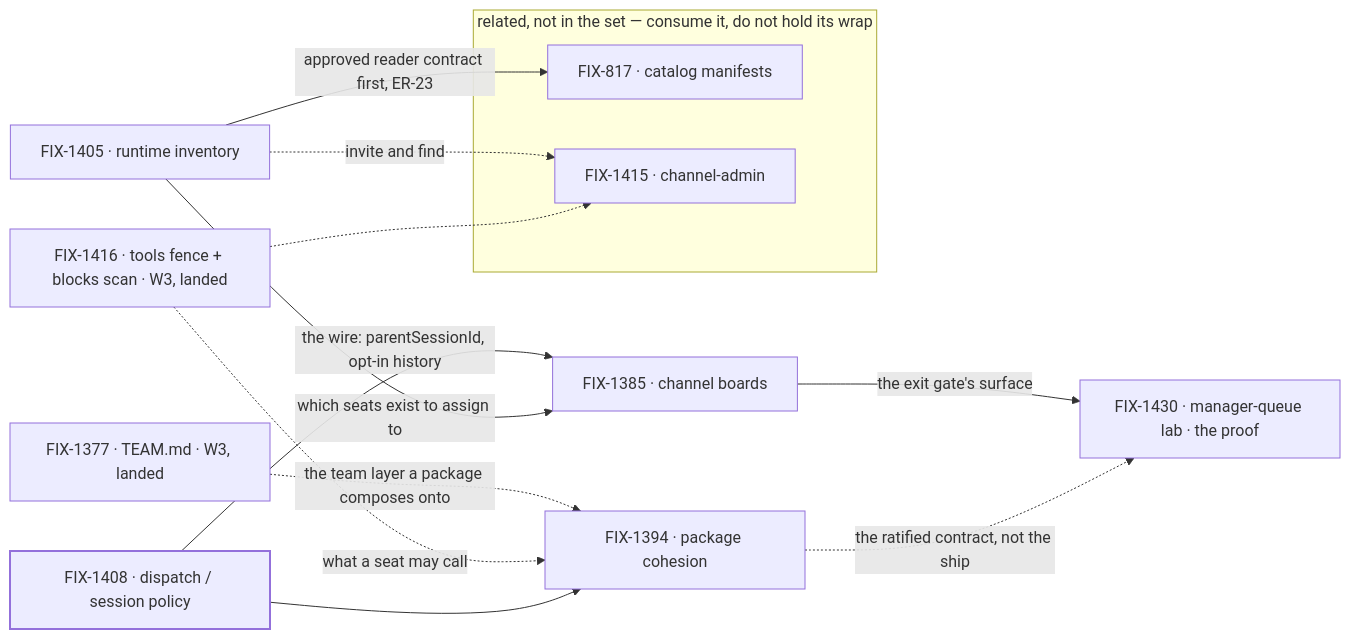
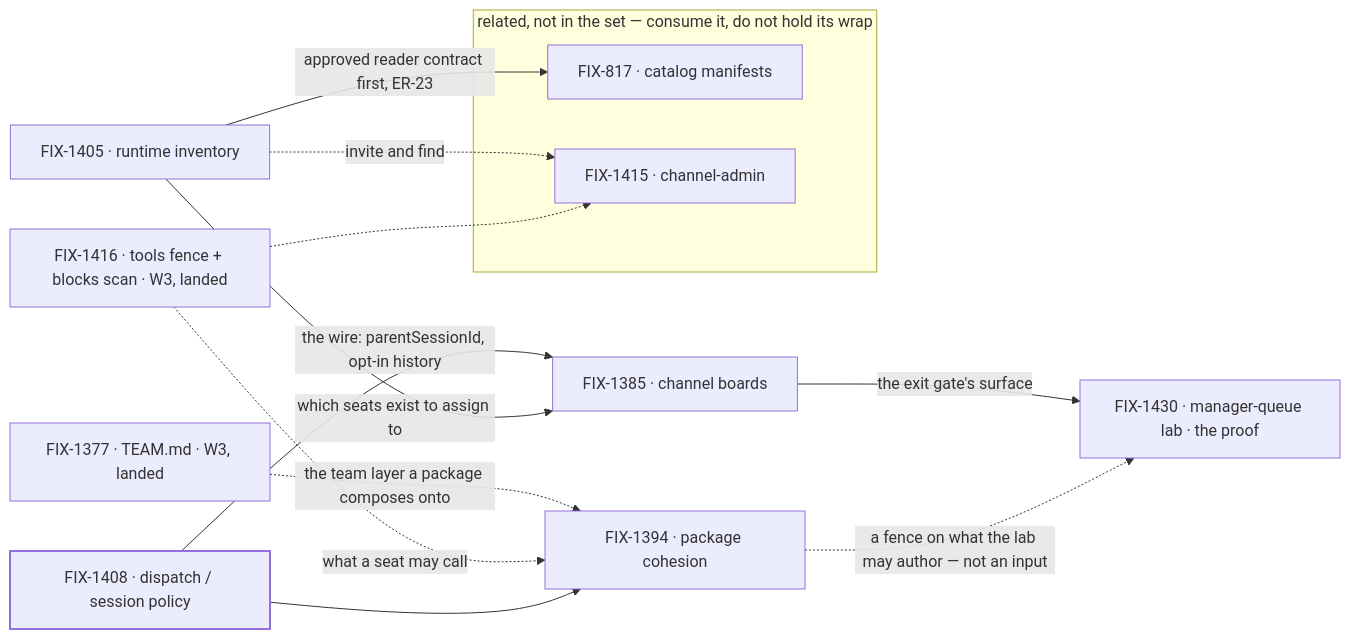
One commit to fixpoint-labs/flow-state-dev changed the diagram in spec/_epics/work-routing-package-cohesion/SPEC.md. Above: the diagram before and after it, drawn with Mermaid. The commit also changed other lines of this file and 4 other files, not shown here.

First line of the commit message:
spec(epic): the proof waits on no package work, and ER-20 has one owner (FIX-1407)

````diff
--- a/spec/_epics/work-routing-package-cohesion/SPEC.md
+++ b/spec/_epics/work-routing-package-cohesion/SPEC.md
@@ -66,19 +66,19 @@
 ```mermaid
 flowchart LR
   T377["FIX-1377 · TEAM.md · W3, landed"] -.->|"the team layer a package composes onto"| PK
   T416["FIX-1416 · tools fence + blocks scan · W3, landed"] -.->|"what a seat may call"| PK
   DP["FIX-1408 · dispatch / session policy"] -->|"the wire: parentSessionId, opt-in history"| BD
   DP --> PK["FIX-1394 · package cohesion"]
   INV["FIX-1405 · runtime inventory"] -->|"which seats exist to assign to"| BD["FIX-1385 · channel boards"]
   BD -->|"the exit gate's surface"| LAB["FIX-1430 · manager-queue lab · the proof"]
-  PK -.->|"the ratified contract, not the ship"| LAB
+  PK -.->|"a fence on what the lab may author — not an input"| LAB
   subgraph REL ["related, not in the set — consume it, do not hold its wrap"]
     CAT["FIX-817 · catalog manifests"]
     ADM["FIX-1415 · channel-admin"]
   end
   INV -->|"approved reader contract first, ER-23"| CAT
   INV -.->|"invite and find"| ADM
   T416 -.-> ADM
   classDef done stroke-width:2px
   class DP done
 ```
````
